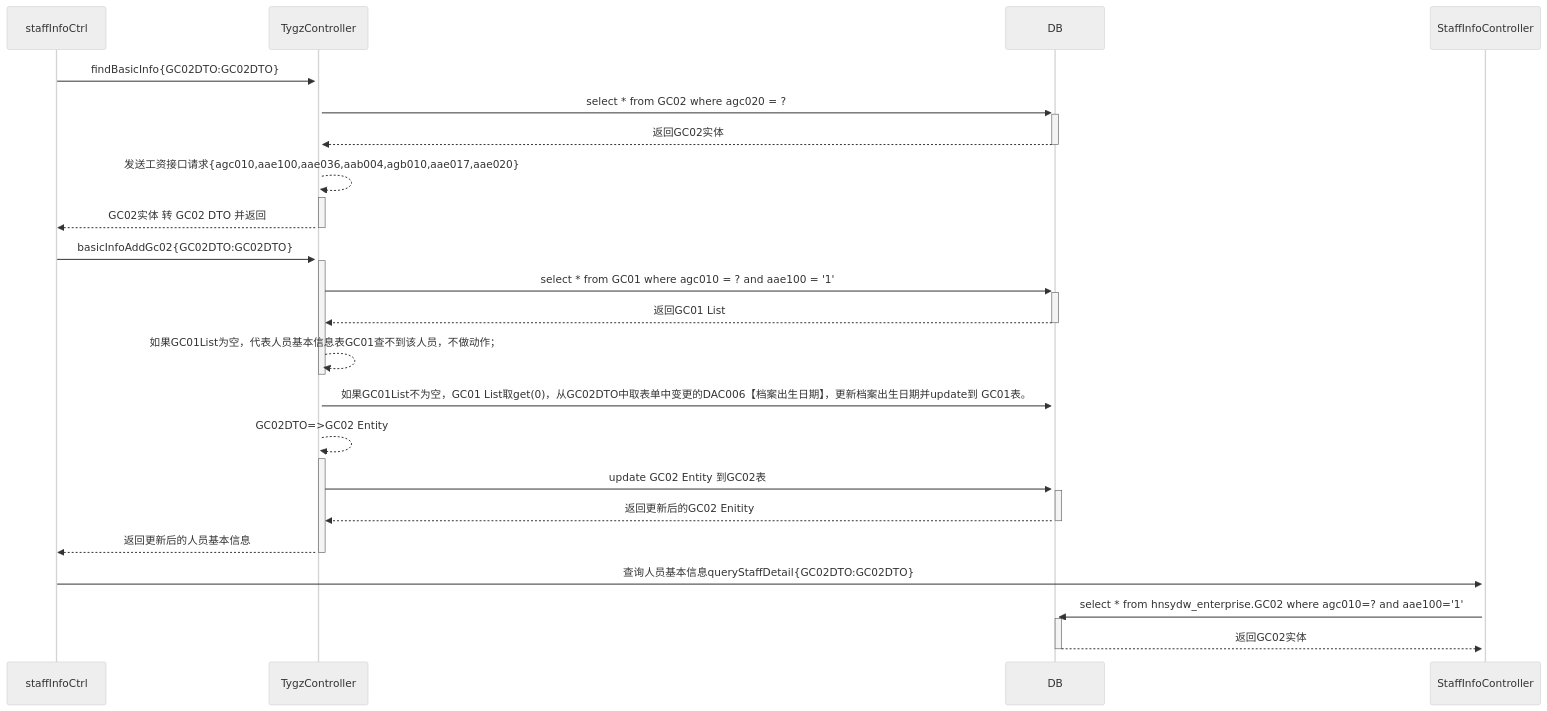
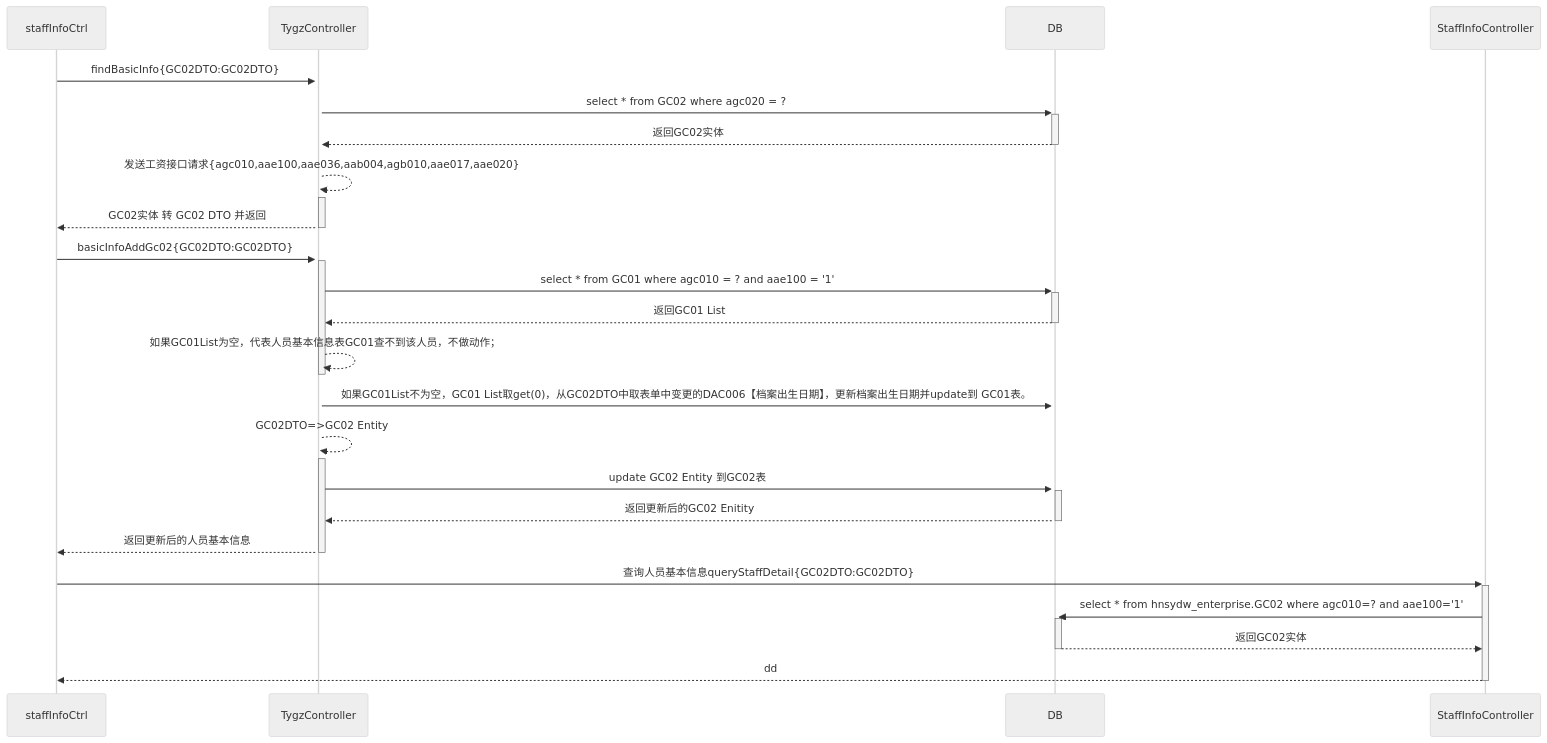
The diagram in all/保存按钮调用业务流程.md (ZhangJianBeiJing/iodraw-files), drawn with Mermaid (neutral theme) before and after one commit.

Commit message:
2025-03-24 18:38:33 update

````diff
--- a/all/保存按钮调用业务流程.md
+++ b/all/保存按钮调用业务流程.md
@@ -1,23 +1,23 @@
 ```mermaid
 sequenceDiagram
     staffInfoCtrl->>+TygzController:findBasicInfo{GC02DTO:GC02DTO}
     TygzController->>+DB:select * from GC02 where agc020 = ?
     DB-->>-TygzController:返回GC02实体
     TygzController-->>+TygzController:发送工资接口请求{agc010,aae100,aae036,aab004,agb010,aae017,aae020}
     TygzController-->>-staffInfoCtrl:GC02实体 转 GC02 DTO 并返回
 
     staffInfoCtrl->>+TygzController:basicInfoAddGc02{GC02DTO:GC02DTO}
     TygzController->>+DB:select * from GC01 where agc010 = ? and aae100 = '1'
     DB-->>-TygzController:返回GC01 List
     TygzController-->>-TygzController:如果GC01List为空，代表人员基本信息表GC01查不到该人员，不做动作；
     TygzController->>+DB:如果GC01List不为空，GC01 List取get(0)，从GC02DTO中取表单中变更的DAC006【档案出生日期】，更新档案出生日期并update到 GC01表。
     TygzController-->>+TygzController:GC02DTO=>GC02 Entity
     TygzController->>+DB:update GC02 Entity 到GC02表
     DB-->>-TygzController:返回更新后的GC02 Enitity
     TygzController-->>-staffInfoCtrl:返回更新后的人员基本信息
 
     staffInfoCtrl->>+StaffInfoController:查询人员基本信息queryStaffDetail{GC02DTO:GC02DTO}
     StaffInfoController->>+DB:select * from hnsydw_enterprise.GC02 where agc010=? and aae100='1'
     DB-->>-StaffInfoController:返回GC02实体
-
+    StaffInfoController-->>-staffInfoCtrl:dd
 ```
````
